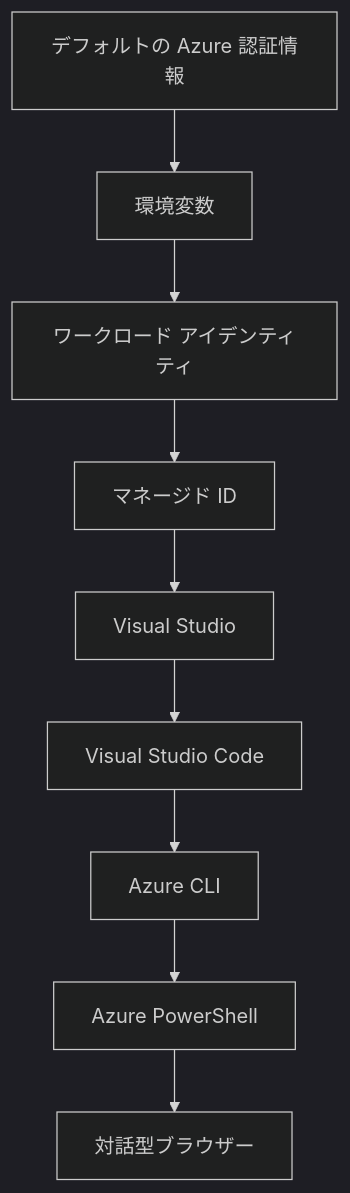
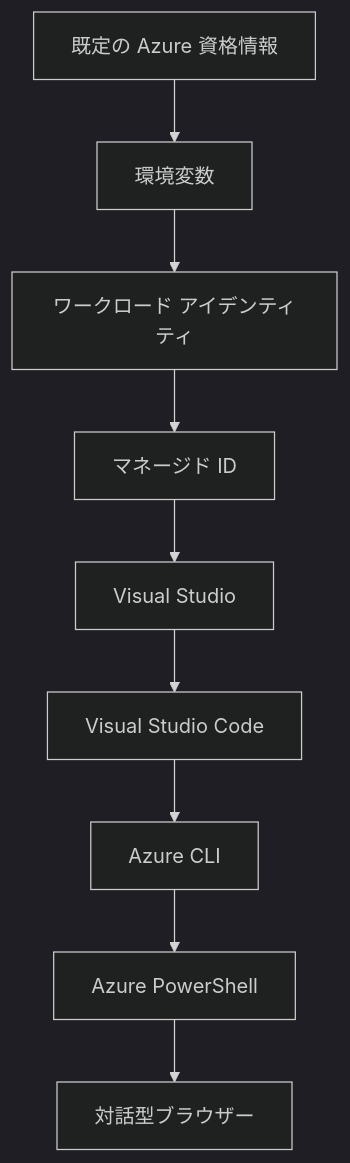
Before and after one commit to microsoft/AZD-for-beginners: the second of 2 diagrams in translations/ja/docs/chapter-01-foundation/azd-basics.md, drawn with Mermaid (dark theme). The commit also changed other lines of this file and 101 other files, not shown here.

````diff
--- a/translations/ja/docs/chapter-01-foundation/azd-basics.md
+++ b/translations/ja/docs/chapter-01-foundation/azd-basics.md
@@ -593,11 +594,11 @@
 ```mermaid
 graph TD
-    A[デフォルトの Azure 認証情報] --> B[環境変数]
+    A[既定の Azure 資格情報] --> B[環境変数]
     B --> C[ワークロード アイデンティティ]
     C --> D[マネージド ID]
     D --> E[Visual Studio]
     E --> F[Visual Studio Code]
     F --> G[Azure CLI]
     G --> H[Azure PowerShell]
     H --> I[対話型ブラウザー]
 ```
````
